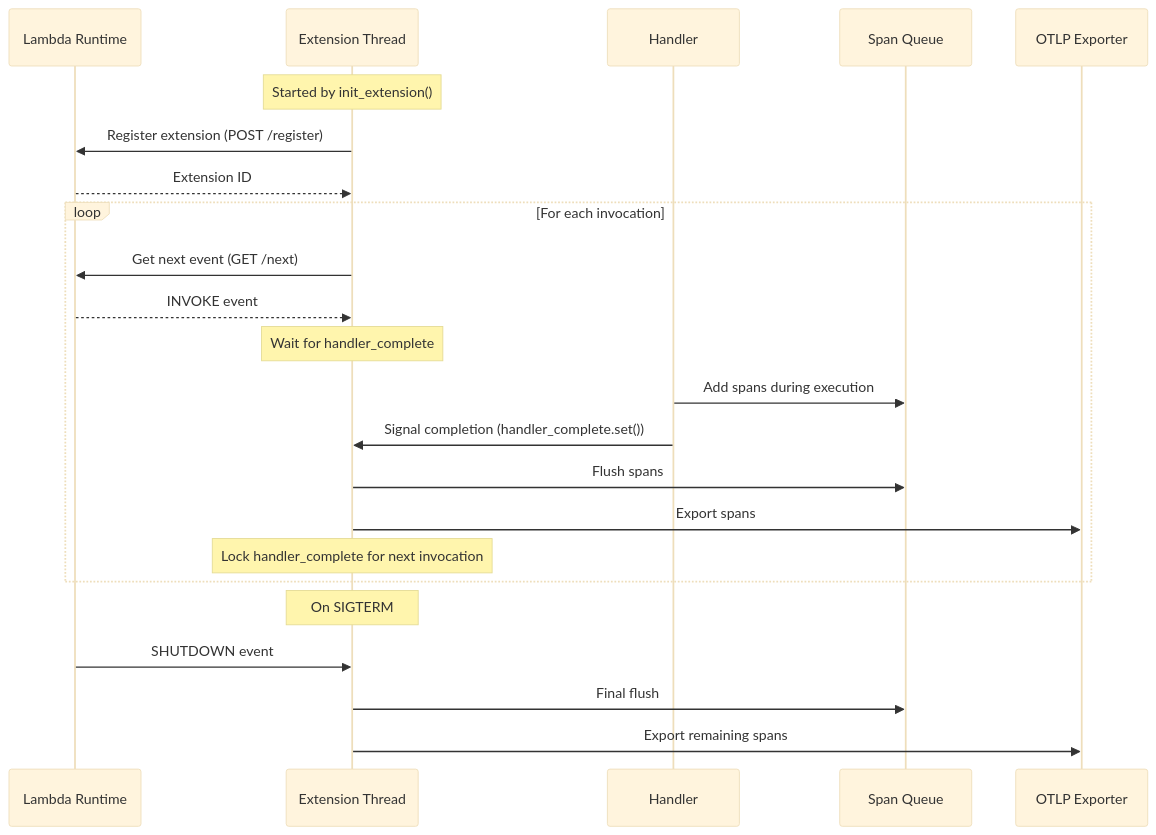
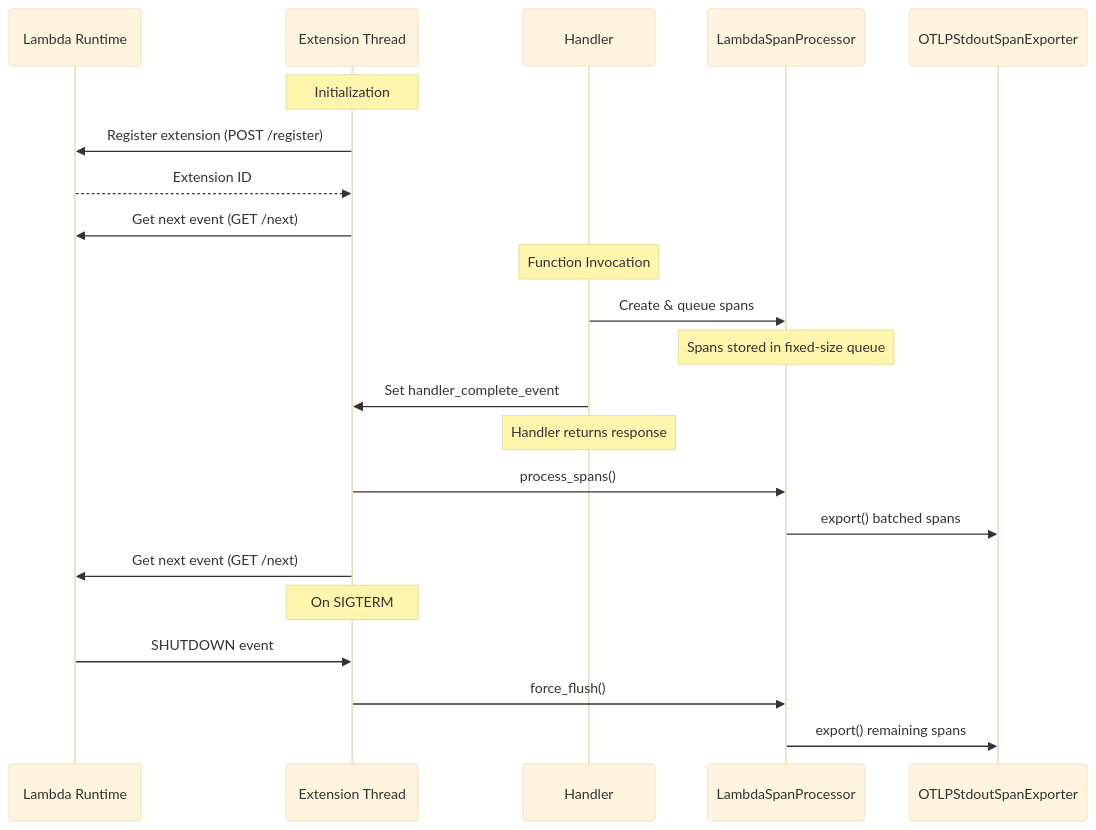
One commit to garysassano/serverless-otlp-forwarder changed the second of 2 diagrams in packages/python/lambda_otel_lite/README.md. Above: the diagram before and after it, drawn with Mermaid (base theme). The commit also changed other lines of this file and 26 other files, not shown here.

````diff
--- a/packages/python/lambda_otel_lite/README.md
+++ b/packages/python/lambda_otel_lite/README.md
@@ -197,28 +133,29 @@
 ```mermaid
 sequenceDiagram
     participant Lambda Runtime
     participant Extension Thread
     participant Handler
-    participant Span Queue
-    participant OTLP Exporter
+    participant LambdaSpanProcessor
+    participant OTLPStdoutSpanExporter
 
-    Note over Extension Thread: Started by init_extension()
+    Note over Extension Thread: Initialization
     Extension Thread->>Lambda Runtime: Register extension (POST /register)
     Lambda Runtime-->>Extension Thread: Extension ID
+    Extension Thread->>Lambda Runtime: Get next event (GET /next)
 
-    loop For each invocation
-        Extension Thread->>Lambda Runtime: Get next event (GET /next)
-        Lambda Runtime-->>Extension Thread: INVOKE event
-        Note over Extension Thread: Wait for handler_complete
-        Handler->>Span Queue: Add spans during execution
-        Handler->>Extension Thread: Signal completion (handler_complete.set())
-        Extension Thread->>Span Queue: Flush spans
-        Extension Thread->>OTLP Exporter: Export spans
-        Note over Extension Thread: Lock handler_complete for next invocation
-    end
+    Note over Handler: Function Invocation
+    Handler->>LambdaSpanProcessor: Create & queue spans
+    Note over LambdaSpanProcessor: Spans stored in fixed-size queue
+
+    Handler->>Extension Thread: Set handler_complete_event
+    Note over Handler: Handler returns response
+
+    Extension Thread->>LambdaSpanProcessor: process_spans()
+    LambdaSpanProcessor->>OTLPStdoutSpanExporter: export() batched spans
+    Extension Thread->>Lambda Runtime: Get next event (GET /next)
 
     Note over Extension Thread: On SIGTERM
     Lambda Runtime->>Extension Thread: SHUTDOWN event
-    Extension Thread->>Span Queue: Final flush
-    Extension Thread->>OTLP Exporter: Export remaining spans
+    Extension Thread->>LambdaSpanProcessor: force_flush()
+    LambdaSpanProcessor->>OTLPStdoutSpanExporter: export() remaining spans
 ```
````
